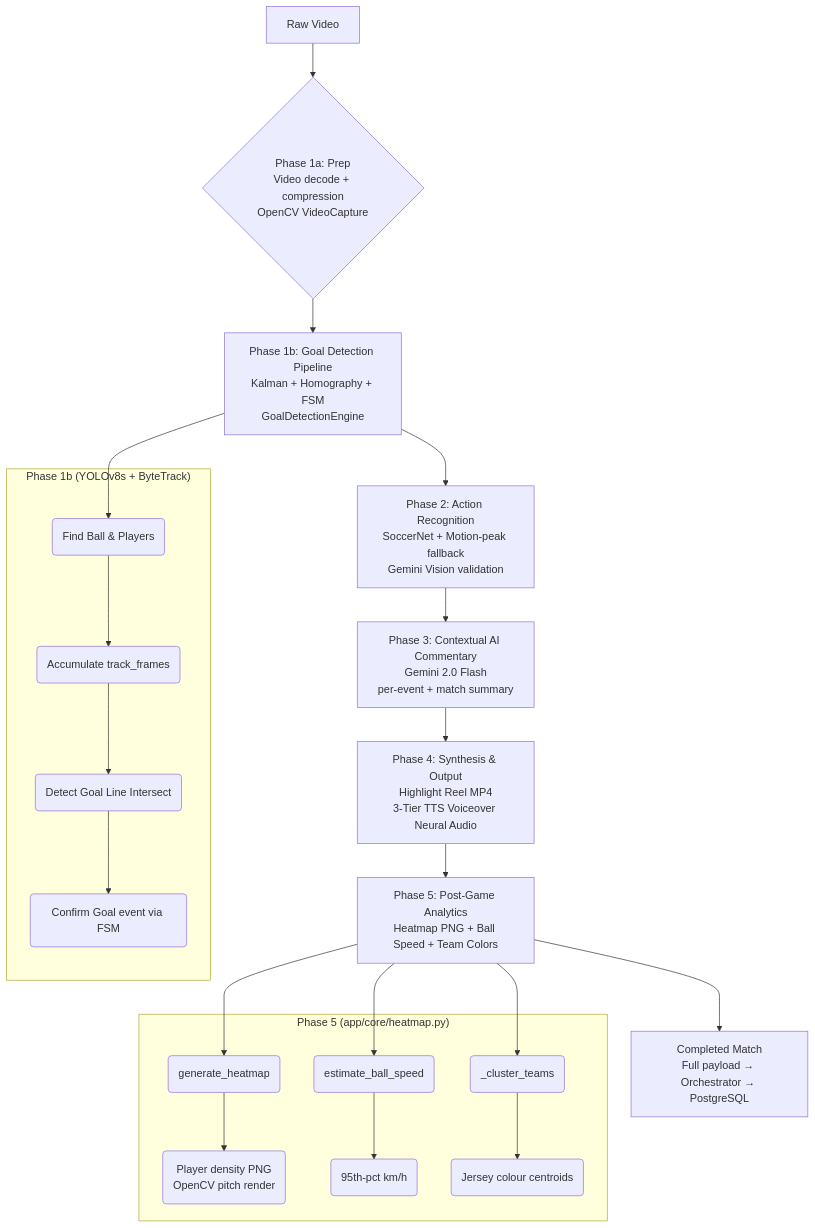
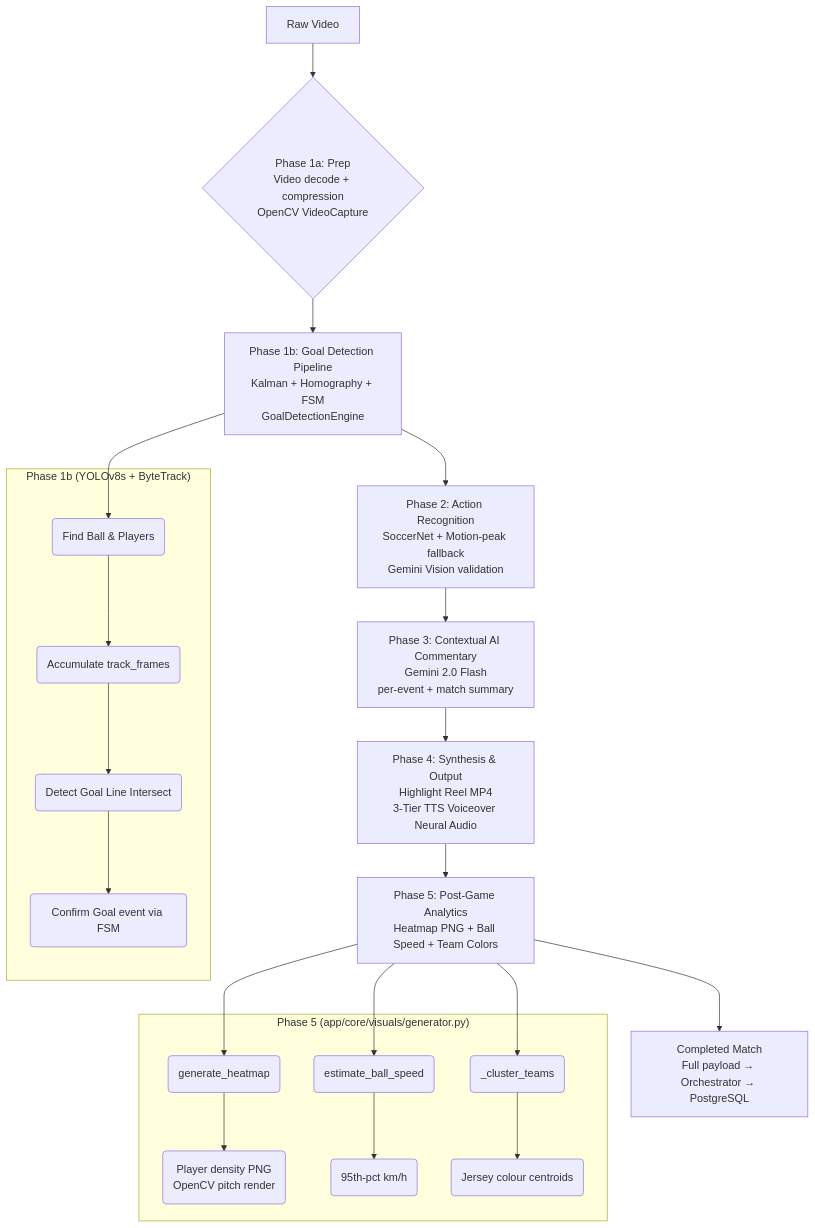
The diagram in services/inference/AI_PIPELINE.md (FTS18/Matcha-AI-DTU), drawn with Mermaid before and after one commit. The commit also changed other lines of this file and 20 other files, not shown here.

````diff
--- a/services/inference/AI_PIPELINE.md
+++ b/services/inference/AI_PIPELINE.md
@@ -9,26 +9,26 @@
 ```mermaid
 graph TD
  A[Raw Video] --> B{Phase 1a: Prep\nVideo decode + compression\nOpenCV VideoCapture}
  B --> C[Phase 1b: Goal Detection Pipeline\nKalman + Homography + FSM\nGoalDetectionEngine]
  C --> D[Phase 2: Action Recognition\nSoccerNet + Motion-peak fallback\nGemini Vision validation]
  D --> E[Phase 3: Contextual AI Commentary\nGemini 2.0 Flash\nper-event + match summary]
  E --> F[Phase 4: Synthesis & Output\nHighlight Reel MP4\n3-Tier TTS Voiceover Neural Audio]
  F --> G[Phase 5: Post-Game Analytics\nHeatmap PNG + Ball Speed + Team Colors]
  G --> H[Completed Match\nFull payload → Orchestrator → PostgreSQL]
 
  subgraph "Phase 1b (YOLOv8s + ByteTrack)"
  C1(Find Ball & Players) --> C2(Accumulate track_frames)
  C2 --> C3(Detect Goal Line Intersect)
  C3 --> C4(Confirm Goal event via FSM)
  end
  C --> C1
 
- subgraph "Phase 5 (app/core/heatmap.py)"
+ subgraph "Phase 5 (app/core/visuals/generator.py)"
  G1(generate_heatmap) --> G2(Player density PNG\nOpenCV pitch render)
  G3(estimate_ball_speed) --> G4(95th-pct km/h)
  G5(_cluster_teams) --> G6(Jersey colour centroids)
  end
  G --> G1
  G --> G3
  G --> G5
 ```
````
